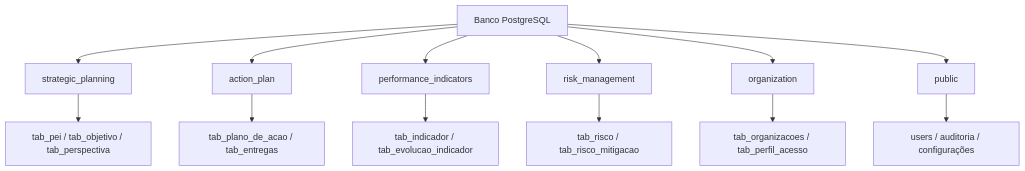
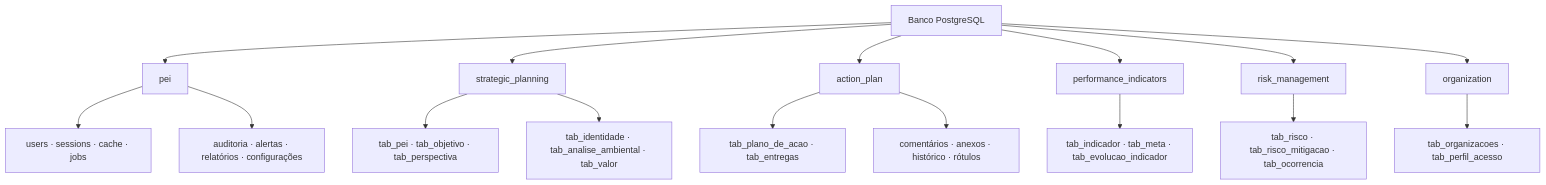
The diagram in README.md (marcioaxn/full-strategic-planning), drawn with Mermaid before and after one commit. The commit also changed other lines of this file, not shown here.

````diff
--- a/README.md
+++ b/README.md
@@ -137,16 +398,19 @@
 ```mermaid
 graph TD
-    DB[Banco PostgreSQL] --> SP[strategic_planning]
+    DB[Banco PostgreSQL] --> PEI[pei]
+    DB --> SP[strategic_planning]
     DB --> AP[action_plan]
     DB --> PI[performance_indicators]
     DB --> RM[risk_management]
     DB --> ORG[organization]
-    DB --> PUB[public]
 
-    SP --> S1[tab_pei / tab_objetivo / tab_perspectiva]
-    AP --> A1[tab_plano_de_acao / tab_entregas]
-    PI --> P1[tab_indicador / tab_evolucao_indicador]
-    RM --> R1[tab_risco / tab_risco_mitigacao]
-    ORG --> O1[tab_organizacoes / tab_perfil_acesso]
-    PUB --> U1[users / auditoria / configurações]
+    PEI --> U1[users · sessions · cache · jobs]
+    PEI --> U2[auditoria · alertas · relatórios · configurações]
+    SP --> S1[tab_pei · tab_objetivo · tab_perspectiva]
+    SP --> S2[tab_identidade · tab_analise_ambiental · tab_valor]
+    AP --> A1[tab_plano_de_acao · tab_entregas]
+    AP --> A2[comentários · anexos · histórico · rótulos]
+    PI --> P1[tab_indicador · tab_meta · tab_evolucao_indicador]
+    RM --> R1[tab_risco · tab_risco_mitigacao · tab_ocorrencia]
+    ORG --> O1[tab_organizacoes · tab_perfil_acesso]
 ```
````
